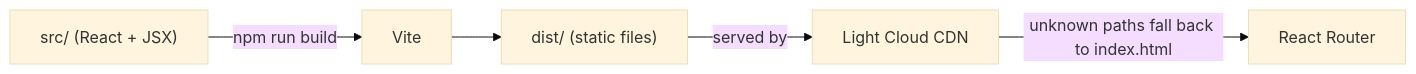
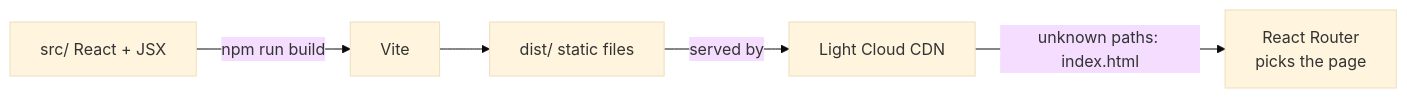
Before and after one commit to light-cloud-com/templates: the diagram in starters/starter-react/README.md, drawn with Mermaid (base theme). The commit also changed other lines of this file and 2 other files, not shown here.

First line of the commit message:
README: React Vite starter landing page

````diff
--- a/starters/starter-react/README.md
+++ b/starters/starter-react/README.md
@@ -27,7 +106,7 @@
 ```mermaid
 flowchart LR
-    src["src/ (React + JSX)"] -->|npm run build| vite["Vite"]
-    vite --> dist["dist/ (static files)"]
-    dist -->|served by| lc["Light Cloud CDN"]
-    lc -->|unknown paths fall back to index.html| router["React Router"]
+    src["src/ React + JSX"] -->|npm run build| vite["Vite"]
+    vite --> dist["dist/ static files"]
+    dist -->|served by| cdn["Light Cloud CDN"]
+    cdn -->|"unknown paths: index.html"| router["React Router<br/>picks the page"]
 ```
````
